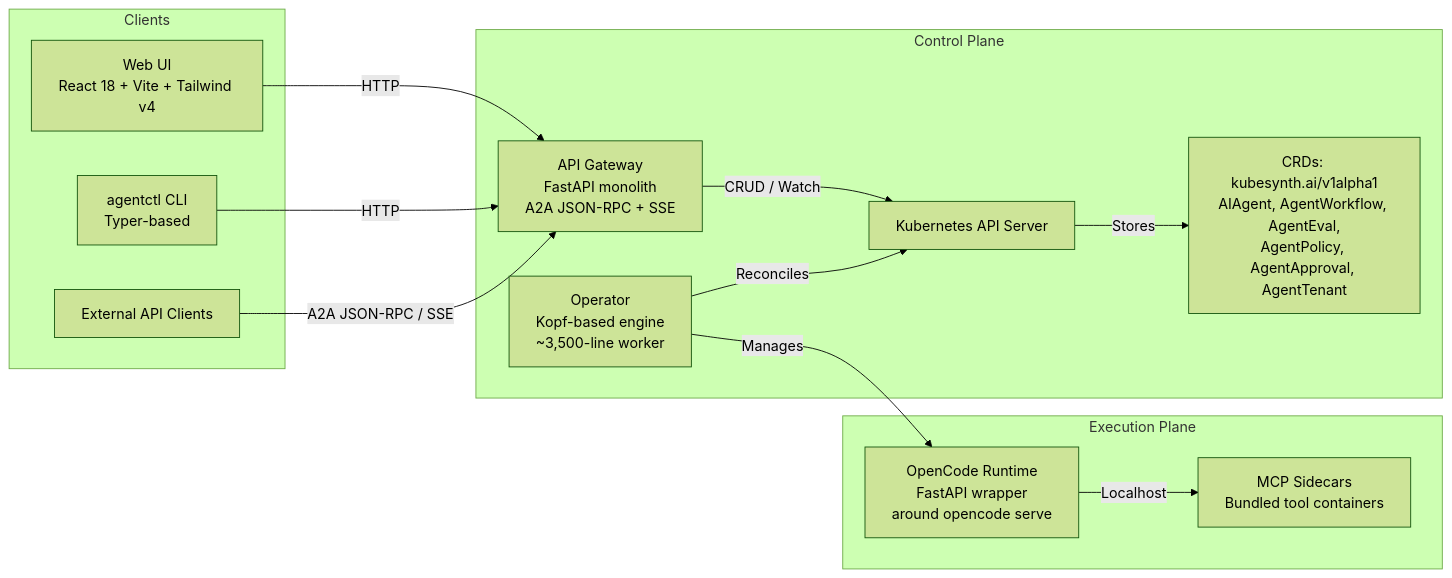
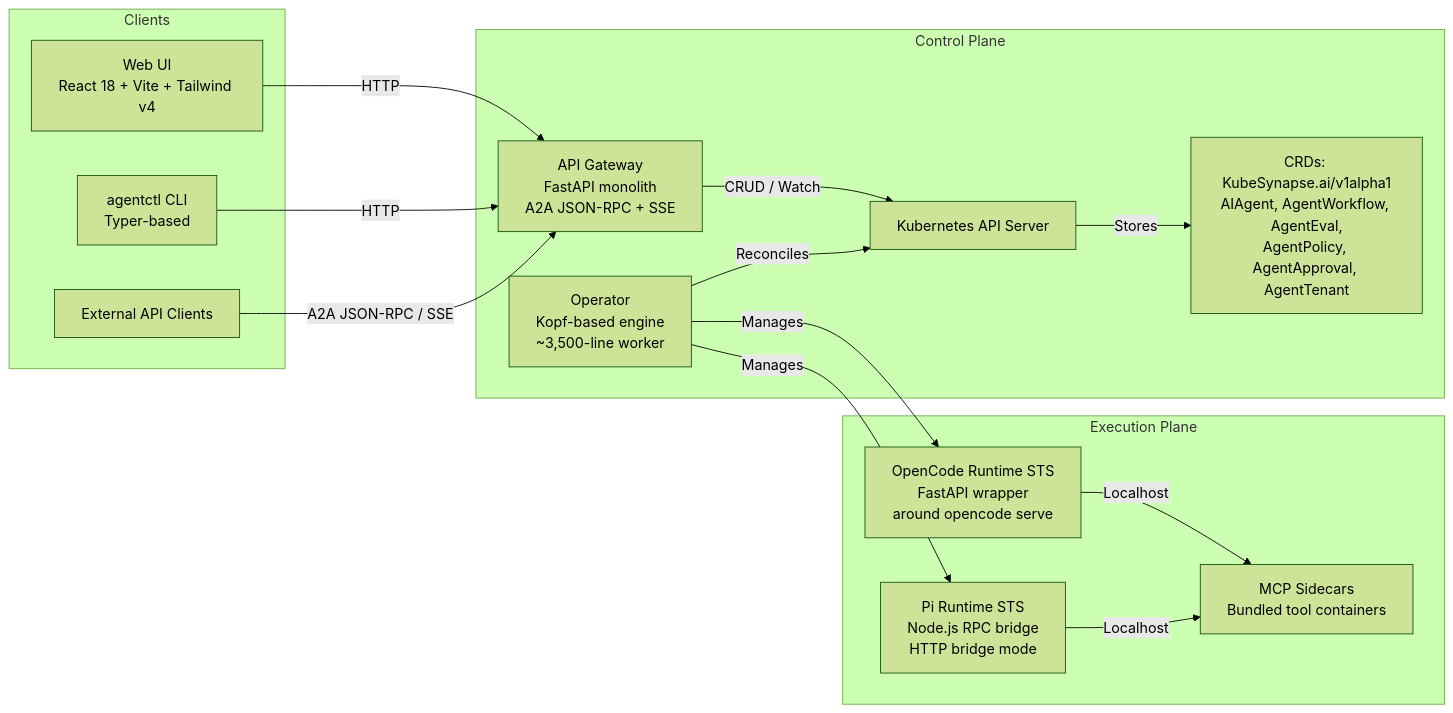
The diagram in README.md (ykbytes/kubesynapse.ai), drawn with Mermaid (forest theme) before and after one commit. The commit also changed other lines of this file and 429 other files, not shown here.

````diff
--- a/README.md
+++ b/README.md
@@ -19,29 +19,32 @@
 ```mermaid
 graph LR
     subgraph "Clients"
         UI[Web UI<br/>React 18 + Vite + Tailwind v4]
         CLI[agentctl CLI<br/>Typer-based]
         EXT[External API Clients]
     end
 
     subgraph "Control Plane"
         GW[API Gateway<br/>FastAPI monolith<br/>A2A JSON-RPC + SSE]
         K8S[Kubernetes API Server]
         OP[Operator<br/>Kopf-based engine<br/>~3,500-line worker]
-        CRD[CRDs: kubesynth.ai/v1alpha1<br/>AIAgent, AgentWorkflow, AgentEval,<br/>AgentPolicy, AgentApproval, AgentTenant]
+        CRD[CRDs: KubeSynapse.ai/v1alpha1<br/>AIAgent, AgentWorkflow, AgentEval,<br/>AgentPolicy, AgentApproval, AgentTenant]
     end
 
     subgraph "Execution Plane"
-        RT[OpenCode Runtime<br/>FastAPI wrapper<br/>around opencode serve]
+        RT[OpenCode Runtime STS<br/>FastAPI wrapper<br/>around opencode serve]
+        PI[Pi Runtime STS<br/>Node.js RPC bridge<br/>HTTP bridge mode]
         MCP[MCP Sidecars<br/>Bundled tool containers]
     end
 
     UI -->|HTTP| GW
     CLI -->|HTTP| GW
     EXT -->|A2A JSON-RPC / SSE| GW
     GW -->|CRUD / Watch| K8S
     K8S -->|Stores| CRD
     OP -->|Reconciles| K8S
     OP -->|Manages| RT
+    OP -->|Manages| PI
     RT -->|Localhost| MCP
+    PI -->|Localhost| MCP
 ```
````
